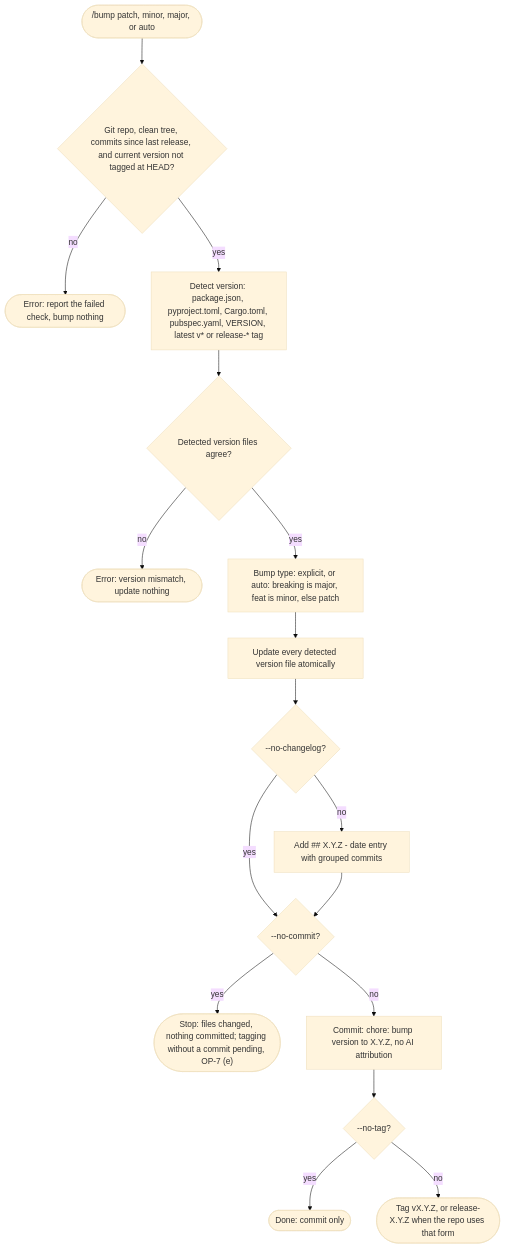
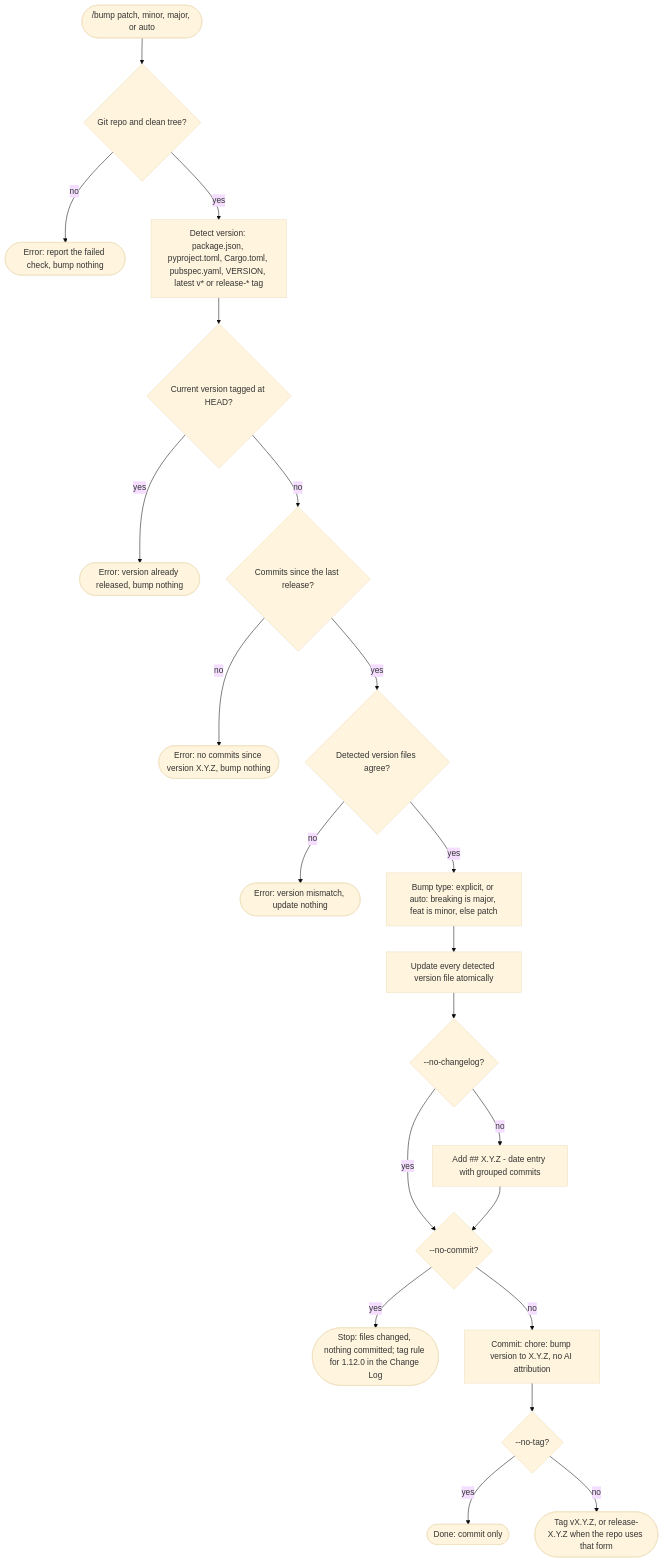
The diagram in specs/spec-skills-git-bump.mmd (tjmonsi/assist-marketplace-plugin), drawn with Mermaid (base theme) before and after one commit. The commit also changed 60 other files, not shown here.

```diff
--- a/specs/spec-skills-git-bump.mmd
+++ b/specs/spec-skills-git-bump.mmd
@@ -1,17 +1,21 @@
 flowchart TD
-  S(["/bump patch, minor, major, or auto"]) --> P{"Git repo, clean tree, commits since last release, and current version not tagged at HEAD?"}
+  S(["/bump patch, minor, major, or auto"]) --> P{"Git repo and clean tree?"}
   P -->|"no"| E1(["Error: report the failed check, bump nothing"])
   P -->|"yes"| V["Detect version: package.json, pyproject.toml, Cargo.toml, pubspec.yaml, VERSION, latest v* or release-* tag"]
-  V --> C{"Detected version files agree?"}
+  V --> H{"Current version tagged at HEAD?"}
+  H -->|"yes"| E3(["Error: version already released, bump nothing"])
+  H -->|"no"| CS{"Commits since the last release?"}
+  CS -->|"no"| E4(["Error: no commits since version X.Y.Z, bump nothing"])
+  CS -->|"yes"| C{"Detected version files agree?"}
   C -->|"no"| E2(["Error: version mismatch, update nothing"])
   C -->|"yes"| T["Bump type: explicit, or auto: breaking is major, feat is minor, else patch"]
   T --> U["Update every detected version file atomically"]
   U --> L{"--no-changelog?"}
   L -->|"no"| G["Add ## X.Y.Z - date entry with grouped commits"]
   L -->|"yes"| K{"--no-commit?"}
   G --> K
-  K -->|"yes"| End1(["Stop: files changed, nothing committed; tagging without a commit pending, OP-7 (e)"])
+  K -->|"yes"| End1(["Stop: files changed, nothing committed; tag rule for 1.12.0 in the Change Log"])
   K -->|"no"| M["Commit: chore: bump version to X.Y.Z, no AI attribution"]
   M --> N{"--no-tag?"}
   N -->|"yes"| End2(["Done: commit only"])
   N -->|"no"| O(["Tag vX.Y.Z, or release-X.Y.Z when the repo uses that form"])
```
